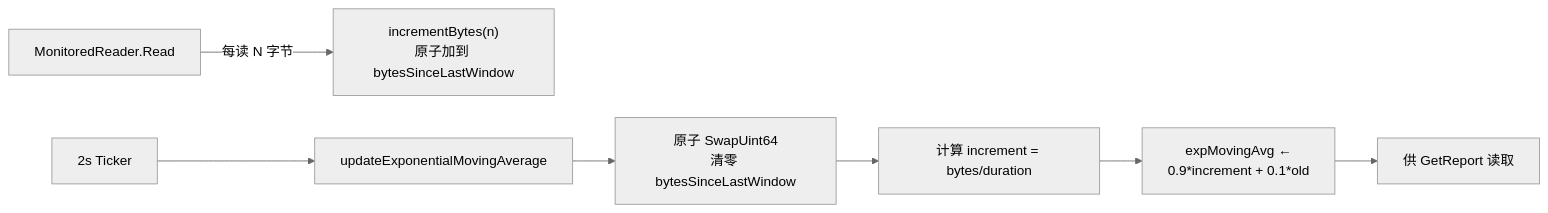
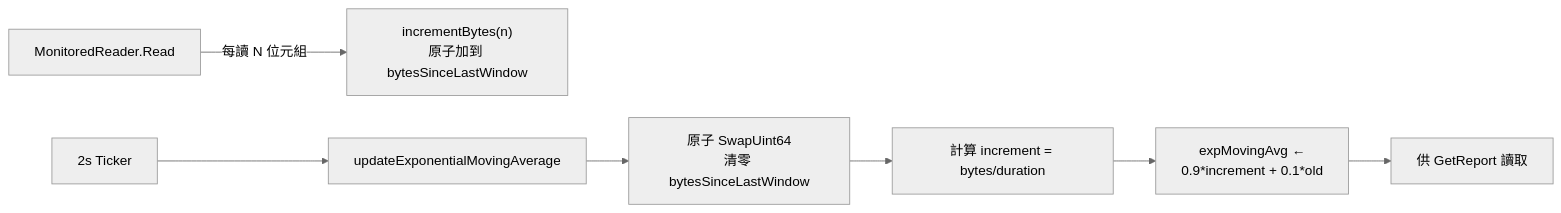
Before and after one commit to cysu01/minio: the sixth of 8 diagrams in repo-analysis/drafts/06-module-rate-control.md, drawn with Mermaid (neutral theme). The commit also changed other lines of this file and 14 other files, not shown here.

````diff
--- a/repo-analysis/drafts/06-module-rate-control.md
+++ b/repo-analysis/drafts/06-module-rate-control.md
@@ -433,9 +433,9 @@
 ```mermaid
 flowchart LR
-    R[MonitoredReader.Read] -->|每读 N 字节| B["incrementBytes(n)<br/>原子加到 bytesSinceLastWindow"]
+    R[MonitoredReader.Read] -->|每讀 N 位元組| B["incrementBytes(n)<br/>原子加到 bytesSinceLastWindow"]
     T[2s Ticker] --> U["updateExponentialMovingAverage"]
     U --> S[原子 SwapUint64<br/>清零 bytesSinceLastWindow]
-    S --> C["计算 increment = bytes/duration"]
+    S --> C["計算 increment = bytes/duration"]
     C --> E["expMovingAvg ←<br/>0.9*increment + 0.1*old"]
-    E --> O[供 GetReport 读取]
+    E --> O[供 GetReport 讀取]
 ```
````
